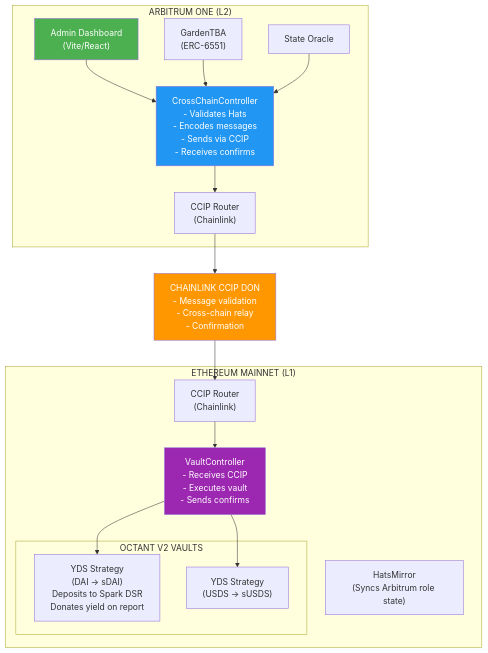
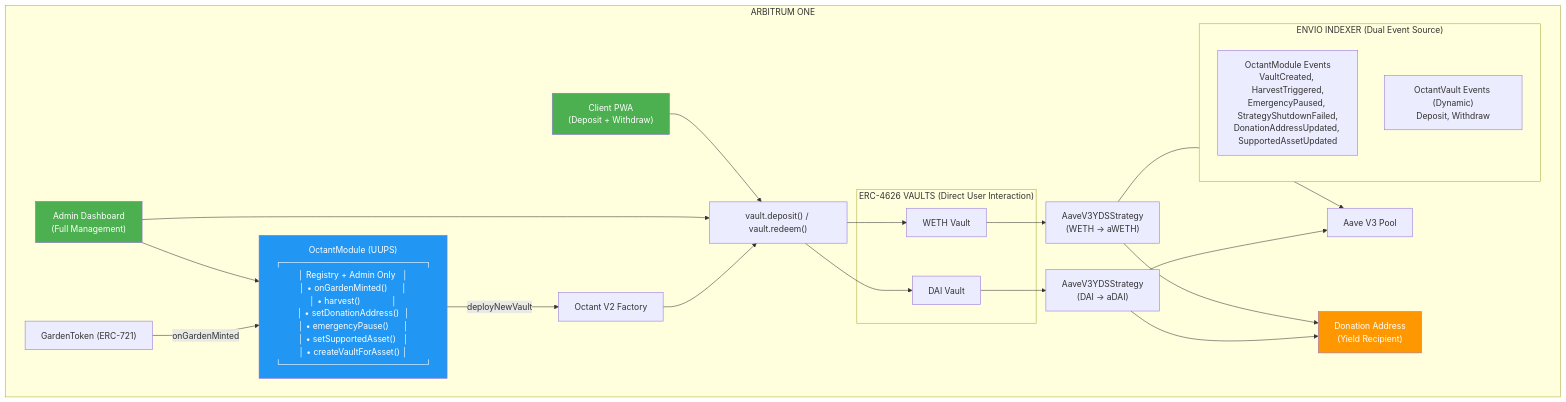
Before and after one commit to greenpill-dev-guild/green-goods: the first of 4 diagrams in docs/docs/specs/octant/octant-feature-spec.md, drawn with Mermaid. The commit also changed other lines of this file and 7 other files, not shown here.

First line of the commit message:
docs(octant): update vault specs, plans, and cross-chain appendix

````diff
--- a/docs/docs/specs/octant/octant-feature-spec.md
+++ b/docs/docs/specs/octant/octant-feature-spec.md
@@ -419,40 +327,44 @@
 ```mermaid
 graph TB
-    subgraph Arbitrum["ARBITRUM ONE (L2)"]
-        Admin["Admin Dashboard<br/>(Vite/React)"]
-        GardenTBA["GardenTBA<br/>(ERC-6551)"]
-        StateOracle["State Oracle"]
+    subgraph Arbitrum["ARBITRUM ONE"]
+        Client["Client PWA<br/>(Deposit + Withdraw)"]
+        Admin["Admin Dashboard<br/>(Full Management)"]
 
-        Admin --> CrossChain
-        GardenTBA --> CrossChain
-        StateOracle --> CrossChain
+        Client --> Vault
+        Admin --> OctantModule
+        Admin --> Vault
 
-        CrossChain["CrossChainController<br/>- Validates Hats<br/>- Encodes messages<br/>- Sends via CCIP<br/>- Receives confirms"]
+        OctantModule["OctantModule (UUPS)<br/>┌────────────────────────┐<br/>│ Registry + Admin Only   │<br/>│ • onGardenMinted()      │<br/>│ • harvest()             │<br/>│ • setDonationAddress()  │<br/>│ • emergencyPause()      │<br/>│ • setSupportedAsset()   │<br/>│ • createVaultForAsset() │<br/>└────────────────────────┘"]
 
-        CrossChain --> CCIPRouterArb["CCIP Router<br/>(Chainlink)"]
+        GardenToken["GardenToken (ERC-721)"] --> |onGardenMinted| OctantModule
+        OctantModule --> |deployNewVault| Factory["Octant V2 Factory"]
+        Factory --> Vault
+
+        subgraph Vaults["ERC-4626 VAULTS (Direct User Interaction)"]
+            WETHVault["WETH Vault"]
+            DAIVault["DAI Vault"]
+        end
+
+        Vault["vault.deposit() / vault.redeem()"] --> WETHVault
+        Vault --> DAIVault
+
+        WETHVault --> WETHStrat["AaveV3YDSStrategy<br/>(WETH → aWETH)"]
+        DAIVault --> DAIStrat["AaveV3YDSStrategy<br/>(DAI → aDAI)"]
+
+        WETHStrat --> AavePool["Aave V3 Pool"]
+        DAIStrat --> AavePool
+
+        WETHStrat --> Donation["Donation Address<br/>(Yield Recipient)"]
+        DAIStrat --> Donation
+
+        subgraph Indexer["ENVIO INDEXER (Dual Event Source)"]
+            Source1["OctantModule Events<br/>VaultCreated, HarvestTriggered,<br/>EmergencyPaused, StrategyShutdownFailed,<br/>DonationAddressUpdated, SupportedAssetUpdated"]
+            Source2["OctantVault Events (Dynamic)<br/>Deposit, Withdraw"]
+        end
     end
 
-    CCIPRouterArb --> DON["CHAINLINK CCIP DON<br/>- Message validation<br/>- Cross-chain relay<br/>- Confirmation"]
-
-    DON --> CCIPRouterEth
-
-    subgraph Ethereum["ETHEREUM MAINNET (L1)"]
-        CCIPRouterEth["CCIP Router<br/>(Chainlink)"]
-        CCIPRouterEth --> VaultCtrl["VaultController<br/>- Receives CCIP<br/>- Executes vault<br/>- Sends confirms"]
-
-        subgraph Octant["OCTANT V2 VAULTS"]
-            sDAI["YDS Strategy<br/>(DAI → sDAI)<br/>Deposits to Spark DSR<br/>Donates yield on report"]
-            sUSDS["YDS Strategy<br/>(USDS → sUSDS)"]
-        end
-
-        VaultCtrl --> sDAI
-        VaultCtrl --> sUSDS
-
-        HatsMirror["HatsMirror<br/>(Syncs Arbitrum role state)"]
-    end
-
+    style Client fill:#4CAF50,color:#fff
     style Admin fill:#4CAF50,color:#fff
-    style CrossChain fill:#2196F3,color:#fff
-    style VaultCtrl fill:#9C27B0,color:#fff
-    style DON fill:#FF9800,color:#fff
+    style OctantModule fill:#2196F3,color:#fff
+    style Donation fill:#FF9800,color:#fff
 ```
````
